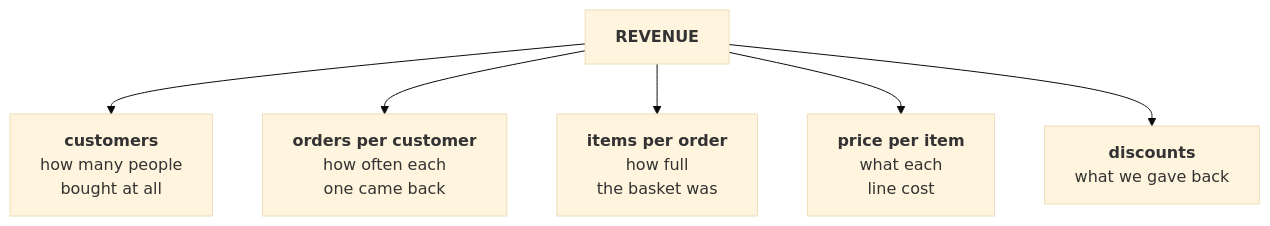
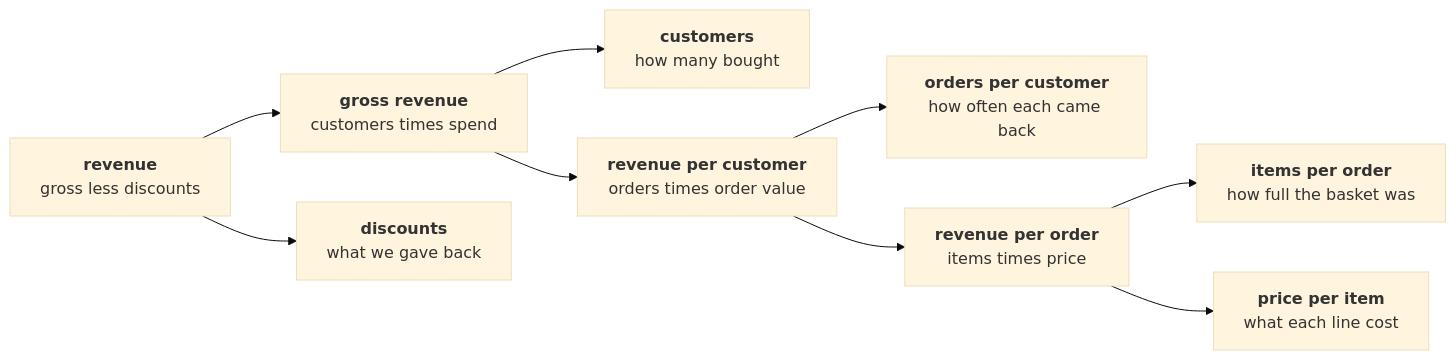
The third of 7 diagrams in content/W01/D1/slides/C2_W01_D01_half1_STUDENT.md (fde-academy-lab/c2-content-factory), drawn with Mermaid (base theme) before and after one commit. The commit also changed other lines of this file and 3 other files, not shown here.

````diff
--- a/content/W01/D1/slides/C2_W01_D01_half1_STUDENT.md
+++ b/content/W01/D1/slides/C2_W01_D01_half1_STUDENT.md
@@ -67,9 +180,11 @@
 ```mermaid
-flowchart TB
-    R["<b>REVENUE</b>"]
-    R --> C["<b>customers</b><br/>how many people<br/>bought at all"]
-    R --> F["<b>orders per customer</b><br/>how often each<br/>one came back"]
-    R --> I["<b>items per order</b><br/>how full<br/>the basket was"]
-    R --> P["<b>price per item</b><br/>what each<br/>line cost"]
+flowchart LR
+    R["<b>revenue</b><br/>gross less discounts"] --> G["<b>gross revenue</b><br/>customers times spend"]
     R --> D["<b>discounts</b><br/>what we gave back"]
+    G --> C["<b>customers</b><br/>how many bought"]
+    G --> V["<b>revenue per customer</b><br/>orders times order value"]
+    V --> F["<b>orders per customer</b><br/>how often each came back"]
+    V --> O["<b>revenue per order</b><br/>items times price"]
+    O --> B["<b>items per order</b><br/>how full the basket was"]
+    O --> P["<b>price per item</b><br/>what each line cost"]
 ```
````
